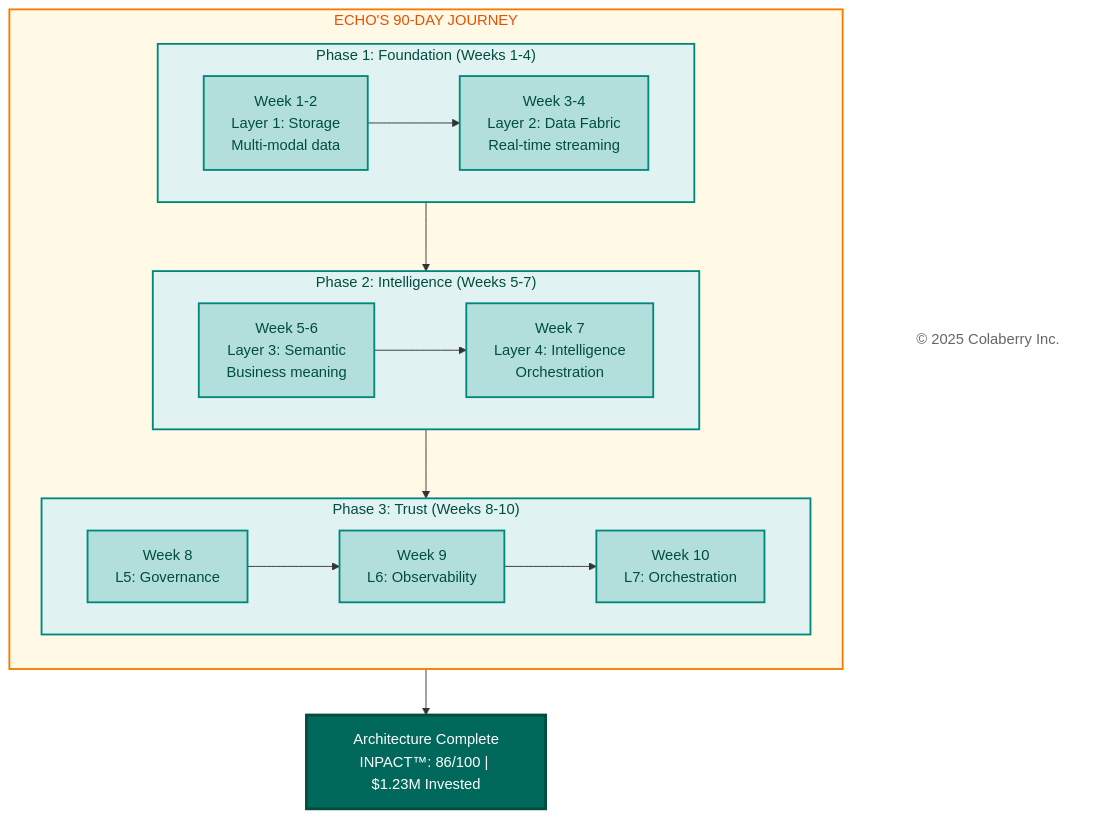
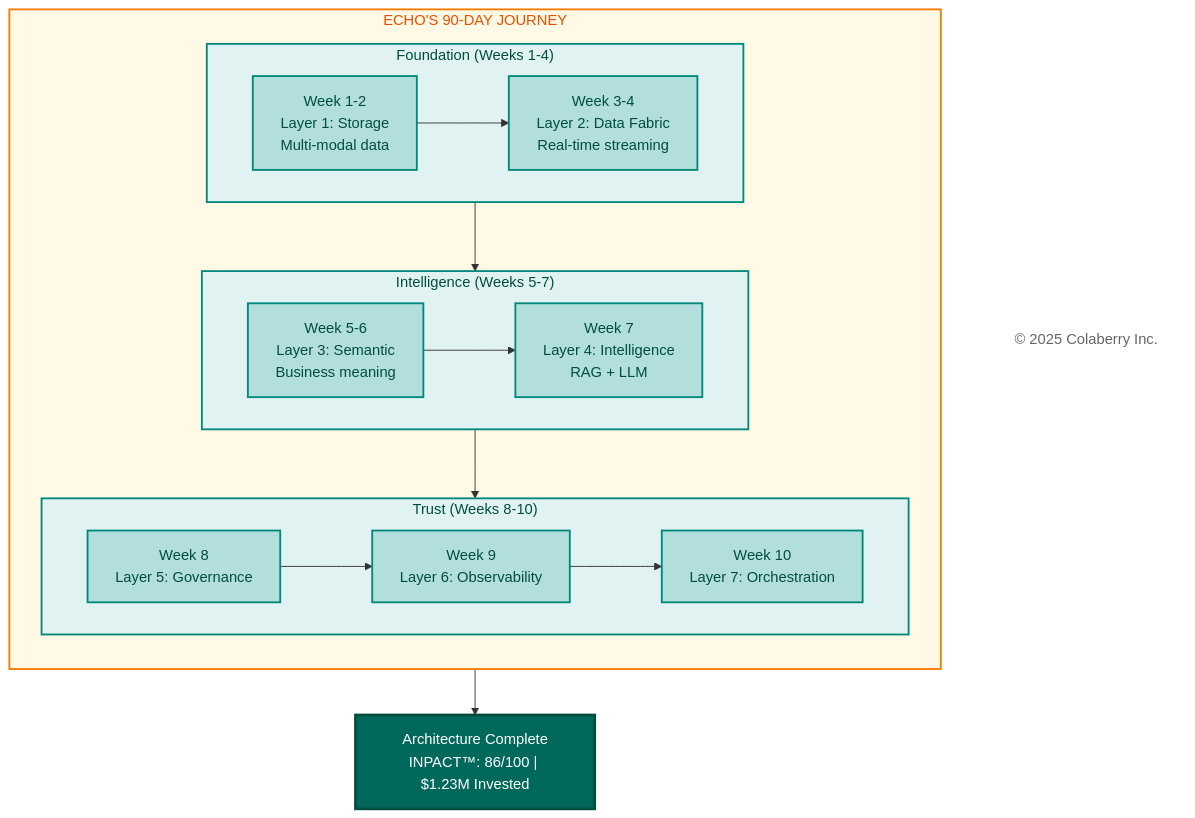
The third of 14 diagrams in manuscript/08_chapter_7_goals_framework_v3_0.md (colaberry/trust-before-intelligence-book), drawn with Mermaid before and after one commit.

Commit message:
Making diagrams better
Making diagrams better

````diff
--- a/manuscript/08_chapter_7_goals_framework_v3_0.md
+++ b/manuscript/08_chapter_7_goals_framework_v3_0.md
@@ -369,49 +369,49 @@
 ```mermaid
 
 graph TB
     subgraph JOURNEY["ECHO'S 90-DAY JOURNEY"]
         direction TB
-        subgraph PHASE1["Phase 1: Foundation (Weeks 1-4)"]
+        subgraph PHASE1["Foundation (Weeks 1-4)"]
             direction LR
             W1["Week 1-2<br/>Layer 1: Storage<br/>Multi-modal data"]
             W2["Week 3-4<br/>Layer 2: Data Fabric<br/>Real-time streaming"]
             W1 --> W2
         end
         
-        subgraph PHASE2["Phase 2: Intelligence (Weeks 5-7)"]
+        subgraph PHASE2["Intelligence (Weeks 5-7)"]
             direction LR
             W3["Week 5-6<br/>Layer 3: Semantic<br/>Business meaning"]
-            W4["Week 7<br/>Layer 4: Intelligence<br/>Orchestration"]
+            W4["Week 7<br/>Layer 4: Intelligence<br/>RAG + LLM"]
             W3 --> W4
         end
         
-        subgraph PHASE3["Phase 3: Trust (Weeks 8-10)"]
+        subgraph PHASE3["Trust (Weeks 8-10)"]
             direction LR
-            W5["Week 8<br/>L5: Governance"]
-            W6["Week 9<br/>L6: Observability"]
-            W7["Week 10<br/>L7: Orchestration"]
+            W5["Week 8<br/>Layer 5: Governance"]
+            W6["Week 9<br/>Layer 6: Observability"]
+            W7["Week 10<br/>Layer 7: Orchestration"]
             W5 --> W6 --> W7
         end
     end
     
     COMPLETE["Architecture Complete<br/>INPACT™: 86/100 | $1.23M Invested"]
     
     Copyright["© 2025 Colaberry Inc."]
     
     PHASE1 --> PHASE2 --> PHASE3 --> COMPLETE
     
     style JOURNEY fill:#fff9e6,stroke:#f57c00,stroke-width:2px,color:#e65100
     style PHASE1 fill:#e0f2f1,stroke:#00897b,stroke-width:2px,color:#004d40
     style PHASE2 fill:#e0f2f1,stroke:#00897b,stroke-width:2px,color:#004d40
     style PHASE3 fill:#e0f2f1,stroke:#00897b,stroke-width:2px,color:#004d40
     style W1 fill:#b2dfdb,stroke:#00897b,stroke-width:2px,color:#004d40
     style W2 fill:#b2dfdb,stroke:#00897b,stroke-width:2px,color:#004d40
     style W3 fill:#b2dfdb,stroke:#00897b,stroke-width:2px,color:#004d40
     style W4 fill:#b2dfdb,stroke:#00897b,stroke-width:2px,color:#004d40
     style W5 fill:#b2dfdb,stroke:#00897b,stroke-width:2px,color:#004d40
     style W6 fill:#b2dfdb,stroke:#00897b,stroke-width:2px,color:#004d40
     style W7 fill:#b2dfdb,stroke:#00897b,stroke-width:2px,color:#004d40
     style COMPLETE fill:#00695c,color:#ffffff,stroke:#004d40,stroke-width:3px
     style Copyright fill:#ffffff,stroke:none,color:#666666
 
 ```
````
